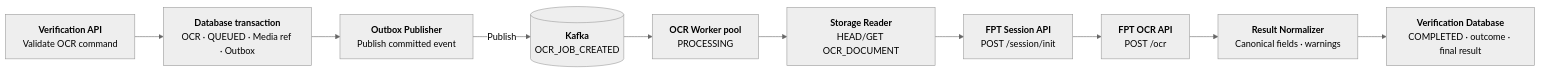
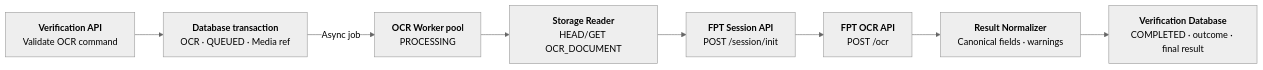
Before and after one commit to huynv-xyz/vhm: the third of 8 diagrams in noxh-ekyc.md, drawn with Mermaid (neutral theme). The commit also changed other lines of this file, not shown here.

````diff
--- a/noxh-ekyc.md
+++ b/noxh-ekyc.md
@@ -228,26 +222,22 @@
 ```mermaid
 flowchart LR
     API["`**Verification API**
 Validate OCR command`"]
     ACCEPT["`**Database transaction**
-OCR · QUEUED · Media ref · Outbox`"]
-    PUBLISHER["`**Outbox Publisher**
-Publish committed event`"]
-    KAFKA[("`**Kafka**
-OCR_JOB_CREATED`")]
+OCR · QUEUED · Media ref`"]
     WORKER["`**OCR Worker pool**
 PROCESSING`"]
     READ["`**Storage Reader**
 HEAD/GET OCR_DOCUMENT`"]
     INIT["`**FPT Session API**
 POST /session/init`"]
     OCR["`**FPT OCR API**
 POST /ocr`"]
     NORMALIZE["`**Result Normalizer**
 Canonical fields · warnings`"]
     DONE["`**Verification Database**
 COMPLETED · outcome · final result`"]
 
-    API --> ACCEPT --> PUBLISHER -->|"Publish"| KAFKA --> WORKER
+    API --> ACCEPT -->|"Async job"| WORKER
     WORKER --> READ --> INIT --> OCR --> NORMALIZE --> DONE
 ```
````
